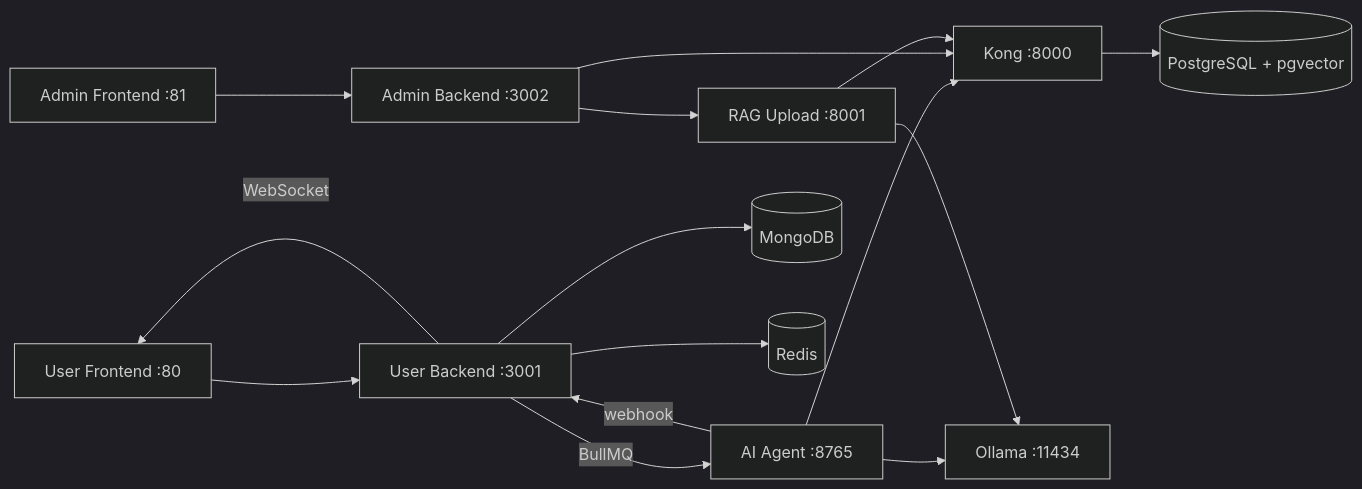
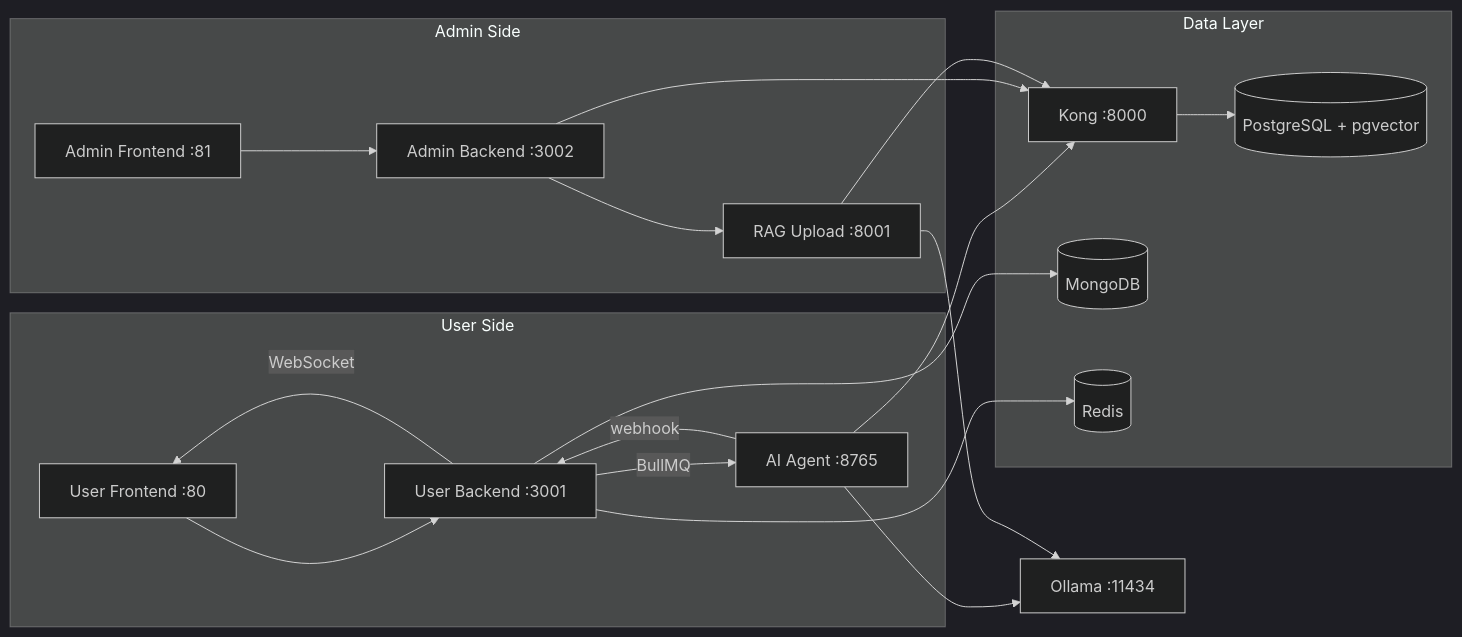
Before and after one commit to AtiwitchJ/customer-service-ai-chatbot: the first of 2 diagrams in README.md, drawn with Mermaid (dark theme). The commit also changed other lines of this file, not shown here.

Commit message:
Enhance README.md with detailed descriptions of user and admin services, clarify data flow, and update architecture diagrams. Improved clarity on AI model configuration and context requirements for chat interactions.

````diff
--- a/README.md
+++ b/README.md
@@ -10,20 +11,41 @@
 ```mermaid
 flowchart LR
-    UF[User Frontend :80] --> UB[User Backend :3001]
-    UB -->|BullMQ| AI[AI Agent :8765]
+    subgraph userSide [User Side]
+        UF["User Frontend :80"]
+        UB["User Backend :3001"]
+        AI["AI Agent :8765"]
+    end
+
+    subgraph adminSide [Admin Side]
+        AF["Admin Frontend :81"]
+        AB["Admin Backend :3002"]
+        RAG["RAG Upload :8001"]
+    end
+
+    subgraph dataLayer [Data Layer]
+        K["Kong :8000"]
+        PG[("PostgreSQL + pgvector")]
+        M[("MongoDB")]
+        R[("Redis")]
+    end
+
+    O["Ollama :11434"]
+
+    UF --> UB
+    UB -->|BullMQ| AI
     AI -->|webhook| UB
     UB -->|WebSocket| UF
 
-    AF[Admin Frontend :81] --> AB[Admin Backend :3002]
-    AB --> RAG[RAG Upload :8001]
+    AF --> AB
+    AB --> RAG
 
-    UB --> M[(MongoDB)]
-    UB --> R[(Redis)]
-    AI --> K[Kong :8000]
+    UB --> M
+    UB --> R
+    AI --> K
     AB --> K
     RAG --> K
-    K --> PG[(PostgreSQL + pgvector)]
+    K --> PG
 
-    AI --> O[Ollama :11434]
+    AI --> O
     RAG --> O
 ```
````
